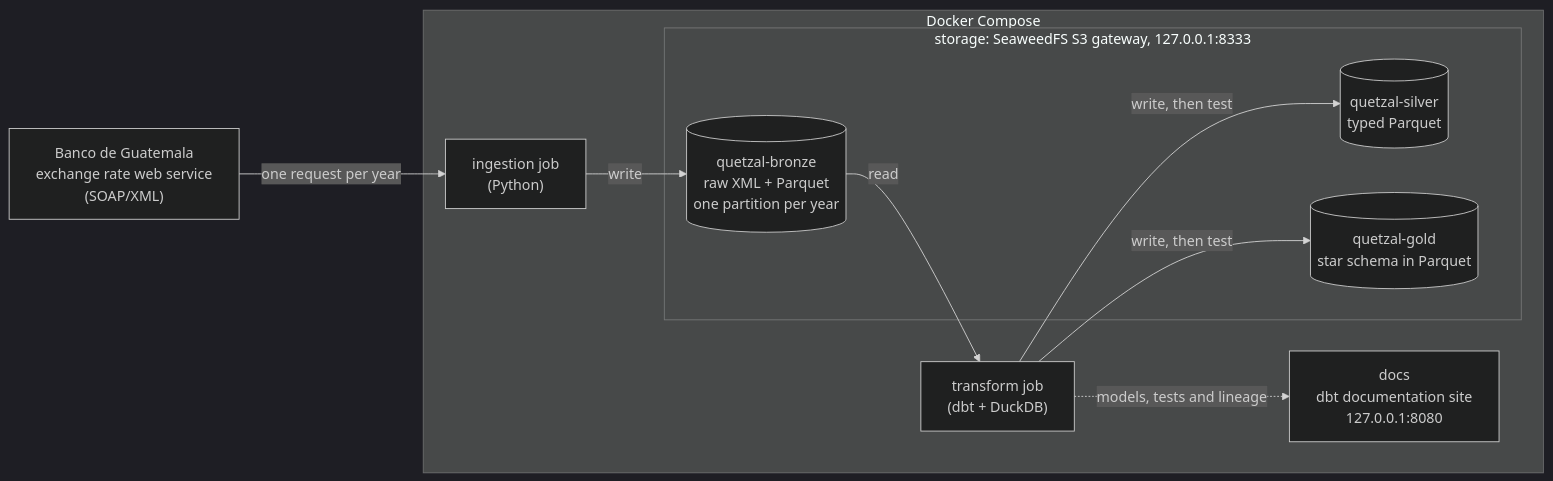
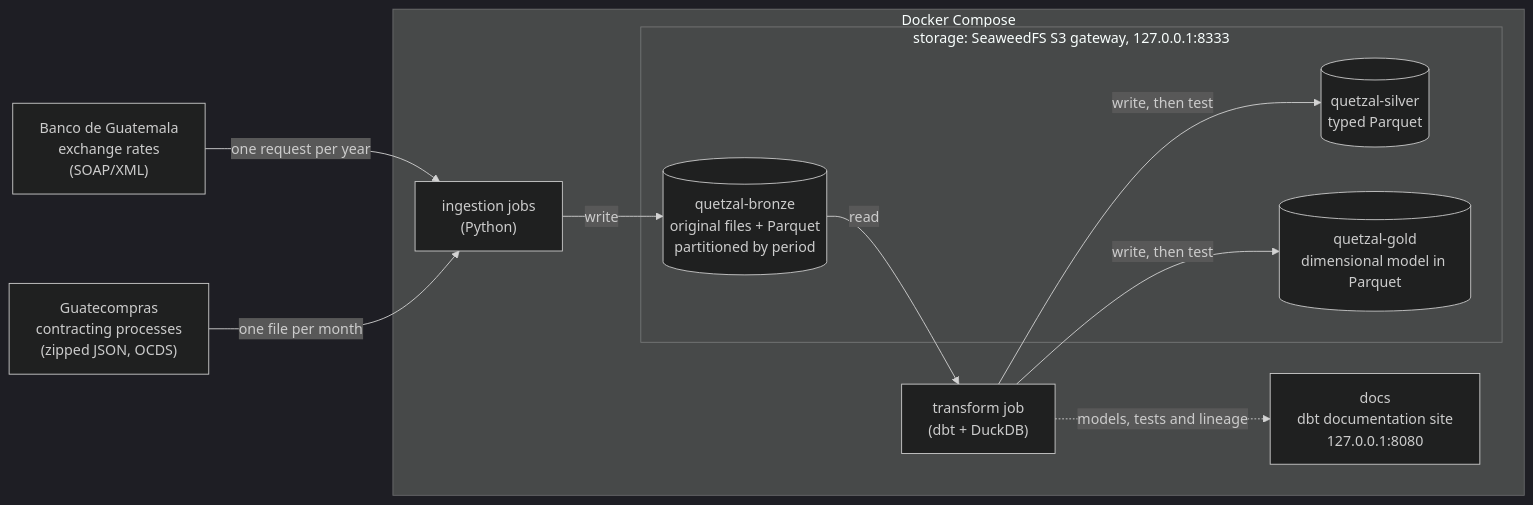
Before and after one commit to Carlosmarroquin20/quetzal-lakehouse: the first of 2 diagrams in README.md, drawn with Mermaid (dark theme). The commit also changed other lines of this file, not shown here.

First line of the commit message:
Document Guatecompras and the awards model

````diff
--- a/README.md
+++ b/README.md
@@ -26,20 +26,22 @@
 ```mermaid
 flowchart LR
-    banguat["Banco de Guatemala<br/>exchange rate web service<br/>(SOAP/XML)"]
+    banguat["Banco de Guatemala<br/>exchange rates<br/>(SOAP/XML)"]
+    guatecompras["Guatecompras<br/>contracting processes<br/>(zipped JSON, OCDS)"]
     subgraph compose["Docker Compose"]
-        ingestion["ingestion job<br/>(Python)"]
+        ingestion["ingestion jobs<br/>(Python)"]
         transform["transform job<br/>(dbt + DuckDB)"]
         docs["docs<br/>dbt documentation site<br/>127.0.0.1:8080"]
         subgraph storage["storage: SeaweedFS S3 gateway, 127.0.0.1:8333"]
-            bronze[("quetzal-bronze<br/>raw XML + Parquet<br/>one partition per year")]
+            bronze[("quetzal-bronze<br/>original files + Parquet<br/>partitioned by period")]
             silver[("quetzal-silver<br/>typed Parquet")]
-            gold[("quetzal-gold<br/>star schema in Parquet")]
+            gold[("quetzal-gold<br/>dimensional model in Parquet")]
         end
     end
     banguat -- "one request per year" --> ingestion
+    guatecompras -- "one file per month" --> ingestion
     ingestion -- "write" --> bronze
     bronze -- "read" --> transform
     transform -- "write, then test" --> silver
     transform -- "write, then test" --> gold
     transform -. "models, tests and lineage" .-> docs
 ```
````
